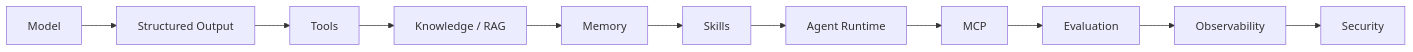
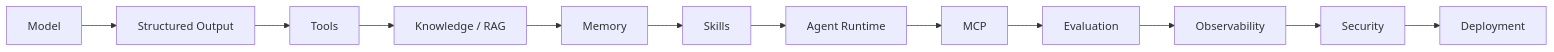
Before and after one commit to cagridursun/agentic-developer-handbook: the diagram in README.md, drawn with Mermaid. The commit also changed other lines of this file and 48 other files, not shown here.

````diff
--- a/README.md
+++ b/README.md
@@ -21,4 +21,4 @@
 ```mermaid
 flowchart LR
-    model["Model"] --> structured["Structured Output"] --> tools["Tools"] --> knowledge["Knowledge / RAG"] --> memory["Memory"] --> skills["Skills"] --> runtime["Agent Runtime"] --> mcp["MCP"] --> evaluation["Evaluation"] --> observability["Observability"] --> security["Security"]
+    model["Model"] --> structured["Structured Output"] --> tools["Tools"] --> knowledge["Knowledge / RAG"] --> memory["Memory"] --> skills["Skills"] --> runtime["Agent Runtime"] --> mcp["MCP"] --> evaluation["Evaluation"] --> observability["Observability"] --> security["Security"] --> deployment["Deployment"]
 ```
````
